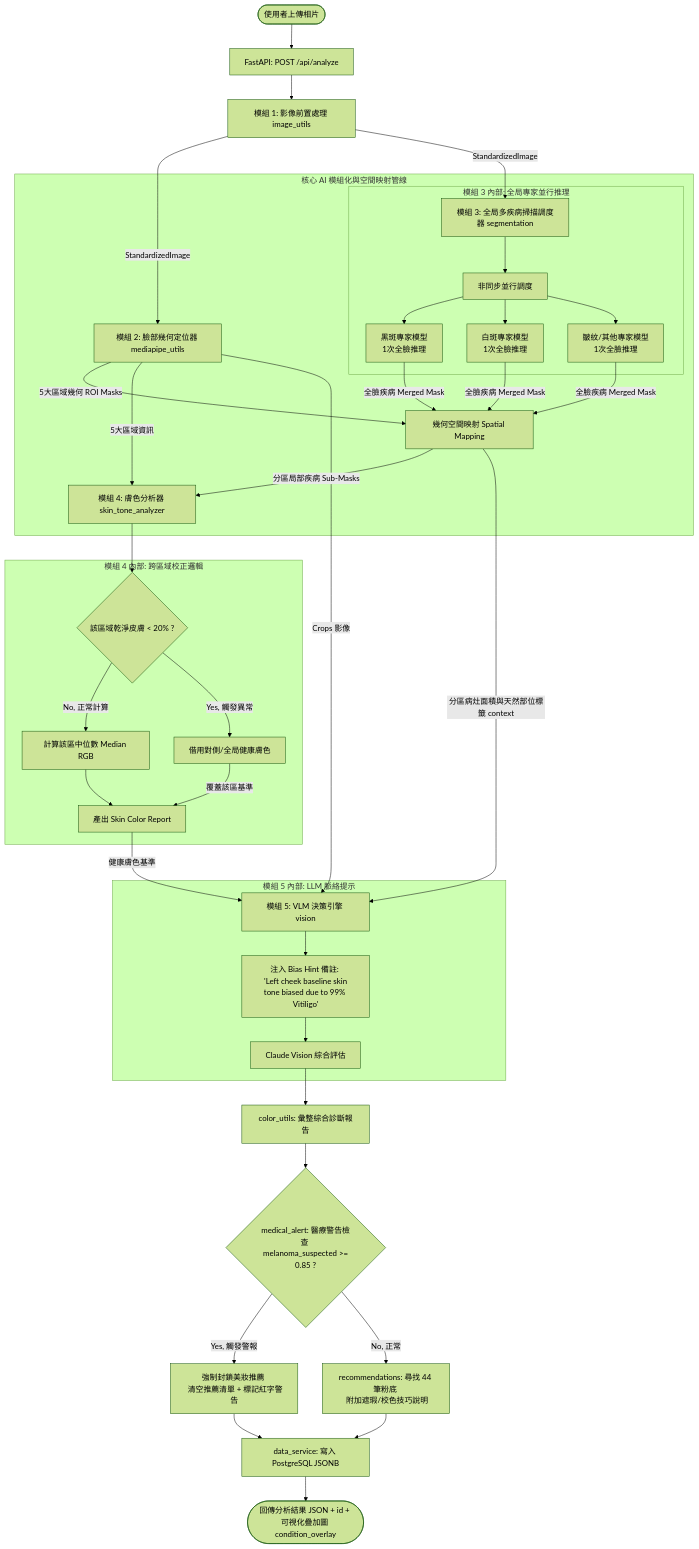
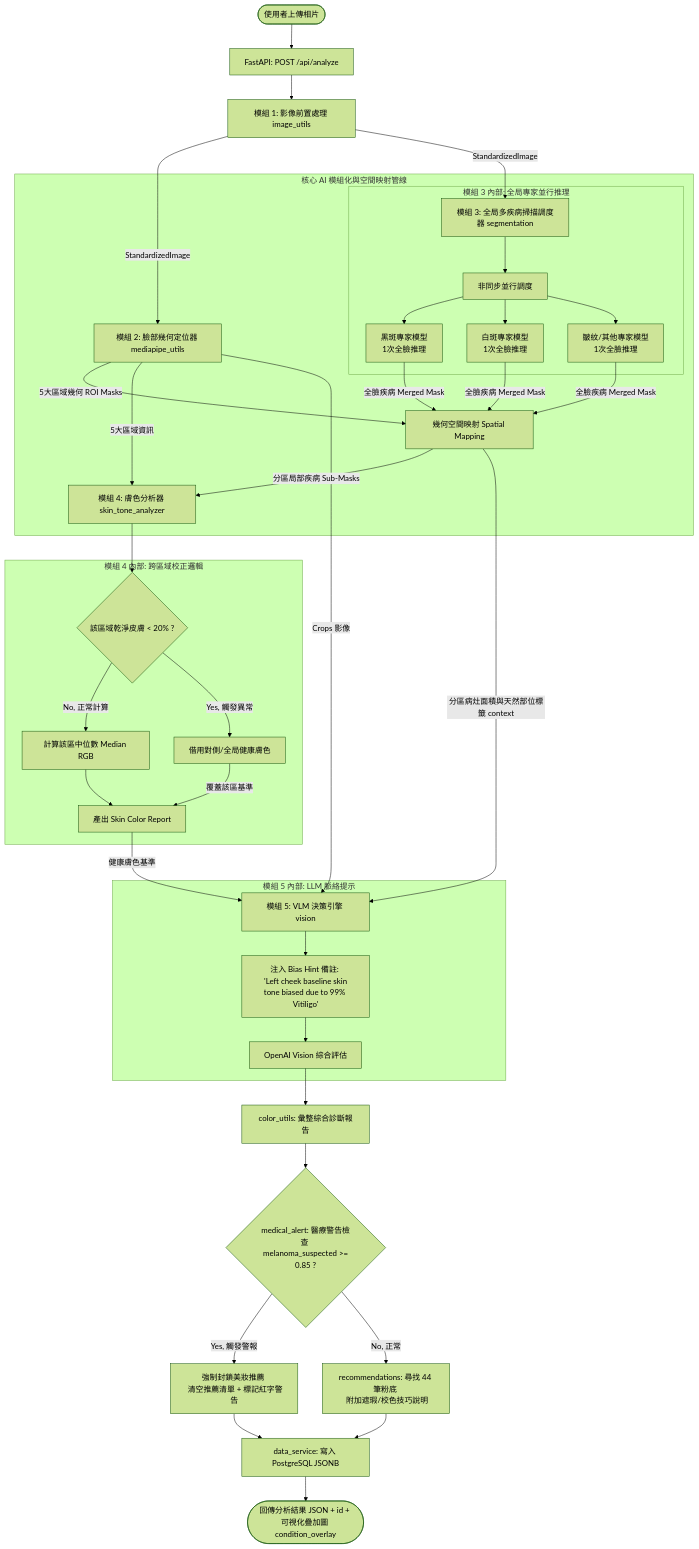
The diagram in documentation/pip框架修改.md (liggiaelena/Back_Lumiere), drawn with Mermaid (forest theme) before and after one commit. The commit also changed other lines of this file and 13 other files, not shown here.

````diff
--- a/documentation/pip框架修改.md
+++ b/documentation/pip框架修改.md
@@ -5,59 +5,59 @@
 ```mermaid
 graph TD
     User([使用者上傳相片]) --> API[FastAPI: POST /api/analyze]
     API --> M1[模組 1: 影像前置處理 image_utils]
     
     %% M1 直接交給 M2 與 M3，維持非破壞性全臉影像推理
     M1 -->|StandardizedImage| M2[模組 2: 臉部幾何定位器 mediapipe_utils]
     M1 -->|StandardizedImage| M3[模組 3: 全局多疾病掃描調度器 segmentation]
     
     subgraph AI Pipeline [核心 AI 模組化與空間映射管線]
         %% M2 產出全臉幾何 ROI 遮罩
         M2 -->|5大區域幾何 ROI Masks| Map[幾何空間映射 Spatial Mapping]
         
         %% M3 進行全局並行推理，避免 Crop 造成模型失準，同時大幅降低 GPU 記憶體開銷
         subgraph M3_Internal [模組 3 內部: 全局專家並行推理]
             M3 --> ParallelScan[非同步並行調度]
             ParallelScan --> Seg1[黑斑專家模型 \n 1次全臉推理]
             ParallelScan --> Seg2[白斑專家模型 \n 1次全臉推理]
             ParallelScan --> Seg3[皺紋/其他專家模型 \n 1次全臉推理]
         end
         
         %% 空間映射與融合 (利用矩陣按位與運算：Merged Mask AND ROI Mask)
         Seg1 & Seg2 & Seg3 -->|全臉疾病 Merged Mask| Map
         Map -->|分區局部疾病 Sub-Masks| M4[模組 4: 膚色分析器 skin_tone_analyzer]
     end
 
     %% M4 結合 M2 的分區資訊與映射後的 Sub-Masks
     M2 -->|5大區域資訊| M4
 
     %% M4 內部跨區域校正
     subgraph M4_Internal [模組 4 內部: 跨區域校正邏輯]
         M4 --> Step1{該區域乾淨皮膚 < 20% ?}
         Step1 -->|No, 正常計算| Normal[計算該區中位數 Median RGB]
         Step1 -->|Yes, 觸發異常| Symmetrical[借用對側/全局健康膚色]
         Normal --> Step2[產出 Skin Color Report]
         Symmetrical -->|覆蓋該區基準| Step2
     end
 
     %% M5 VLM 決策
     M2 -->|Crops 影像| M5[模組 5: VLM 決策引擎 vision]
     Map -->|分區病灶面積與天然部位標籤 context| M5
     Step2 -->|健康膚色基準| M5
     
     subgraph M5_Internal [模組 5 內部: LLM 脈絡提示]
         M5 --> Prompt[注入 Bias Hint 備註: \n 'Left cheek baseline skin tone biased due to 99% Vitiligo']
-        Prompt --> Claude[Claude Vision 綜合評估]
+        Prompt --> OpenAI[OpenAI Vision 綜合評估]
     end
     
     %% 決策與後處理 (整合舊版邏輯)
-    Claude --> FinalReport[color_utils: 彙整綜合診斷報告]
+    OpenAI --> FinalReport[color_utils: 彙整綜合診斷報告]
     FinalReport --> Triage{medical_alert: 醫療警告檢查 \n melanoma_suspected >= 0.85 ?}
     Triage -->|Yes, 觸發警報| Block[強制封鎖美妝推薦 \n 清空推薦清單 + 標記紅字警告]
     Triage -->|No, 正常| RecOK[recommendations: 尋找 44 筆粉底 \n 附加遮瑕/校色技巧說明]
     
     Block --> SaveDB[data_service: 寫入 PostgreSQL JSONB]
     RecOK --> SaveDB
     
     SaveDB --> Response([回傳分析結果 JSON + id + 可視化疊加圖 condition_overlay])
 ```
````
